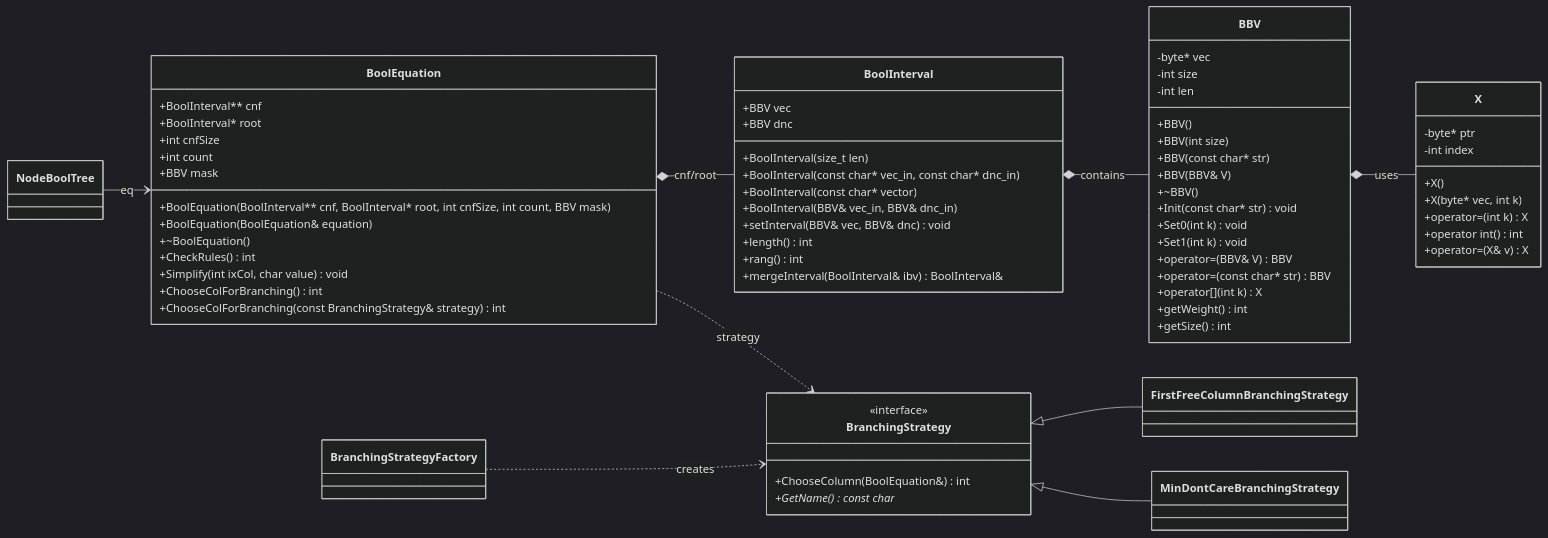
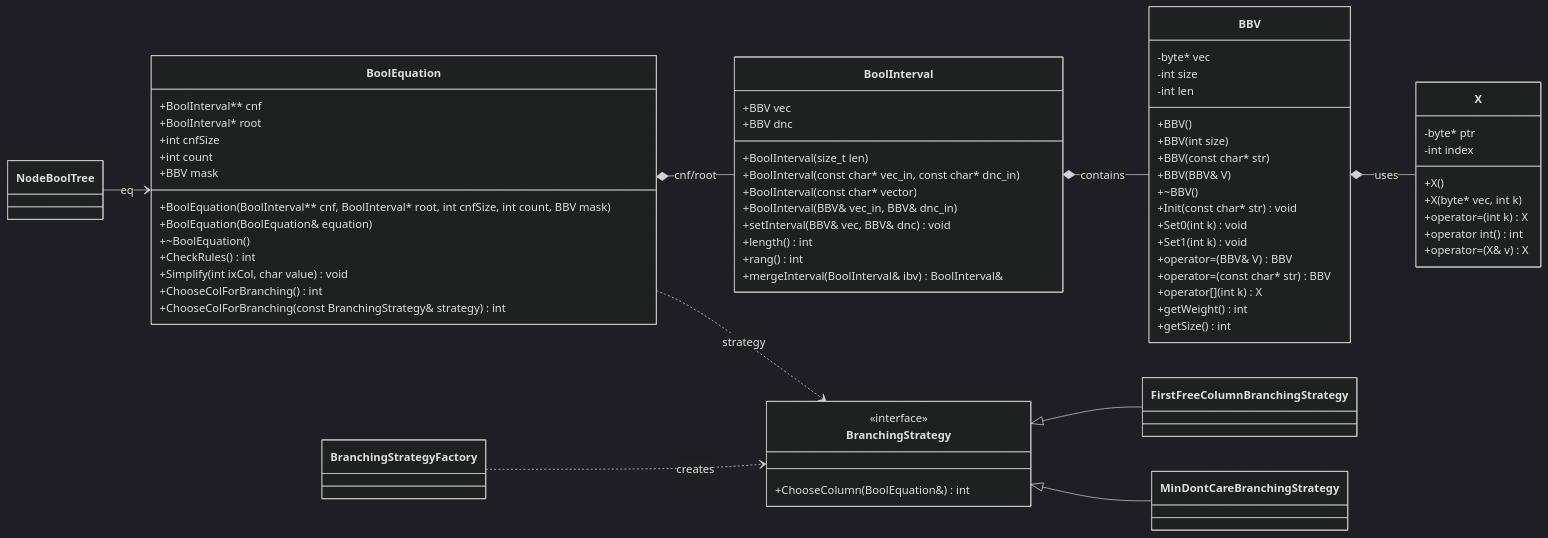
Before and after one commit to artoshechka/development_of_information_security_tools_lab_2: the diagram in README.md, drawn with Mermaid (dark theme). The commit also changed 10 other files, not shown here.

````diff
--- a/README.md
+++ b/README.md
@@ -18,76 +18,75 @@
 ```mermaid
 classDiagram
 direction LR
 
 class X {
 	-byte* ptr
 	-int index
 	+X()
 	+X(byte* vec, int k)
 	+operator=(int k) X
 	+operator int() int
 	+operator=(X& v) X
 }
 class BBV {
 	-byte* vec
 	-int size
 	-int len
 	+BBV()
 	+BBV(int size)
 	+BBV(const char* str)
 	+BBV(BBV& V)
 	+~BBV()
 	+Init(const char* str) void
 	+Set0(int k) void
 	+Set1(int k) void
 	+operator=(BBV& V) BBV
 	+operator=(const char* str) BBV
 	+operator[](int k) X
 	+getWeight() int
 	+getSize() int
 }
 class BoolInterval {
 	+BBV vec
 	+BBV dnc
 	+BoolInterval(size_t len)
 	+BoolInterval(const char* vec_in, const char* dnc_in)
 	+BoolInterval(const char* vector)
 	+BoolInterval(BBV& vec_in, BBV& dnc_in)
 	+setInterval(BBV& vec, BBV& dnc) void
 	+length() int
 	+rang() int
 	+mergeInterval(BoolInterval& ibv) BoolInterval&
 }
 class BoolEquation {
 	+BoolInterval** cnf
 	+BoolInterval* root
 	+int cnfSize
 	+int count
 	+BBV mask
 	+BoolEquation(BoolInterval** cnf, BoolInterval* root, int cnfSize, int count, BBV mask)
 	+BoolEquation(BoolEquation& equation)
 	+~BoolEquation()
 	+CheckRules() int
 	+Simplify(int ixCol, char value) void
 	+ChooseColForBranching() int
 	+ChooseColForBranching(const BranchingStrategy& strategy) int
 }
 class BranchingStrategy {
 	<<interface>>
 	+ChooseColumn(BoolEquation&) int
-	+GetName() const char*
 }
 class BranchingStrategyFactory
 class FirstFreeColumnBranchingStrategy
 class MinDontCareBranchingStrategy
 class NodeBoolTree
 
 BBV *-- X : uses
 BoolInterval *-- BBV : contains
 BoolEquation *-- BoolInterval : cnf/root
 BoolEquation ..> BranchingStrategy : strategy
 BranchingStrategy <|-- FirstFreeColumnBranchingStrategy
 BranchingStrategy <|-- MinDontCareBranchingStrategy
 BranchingStrategyFactory ..> BranchingStrategy : creates
 NodeBoolTree --> BoolEquation : eq
 ```
````
